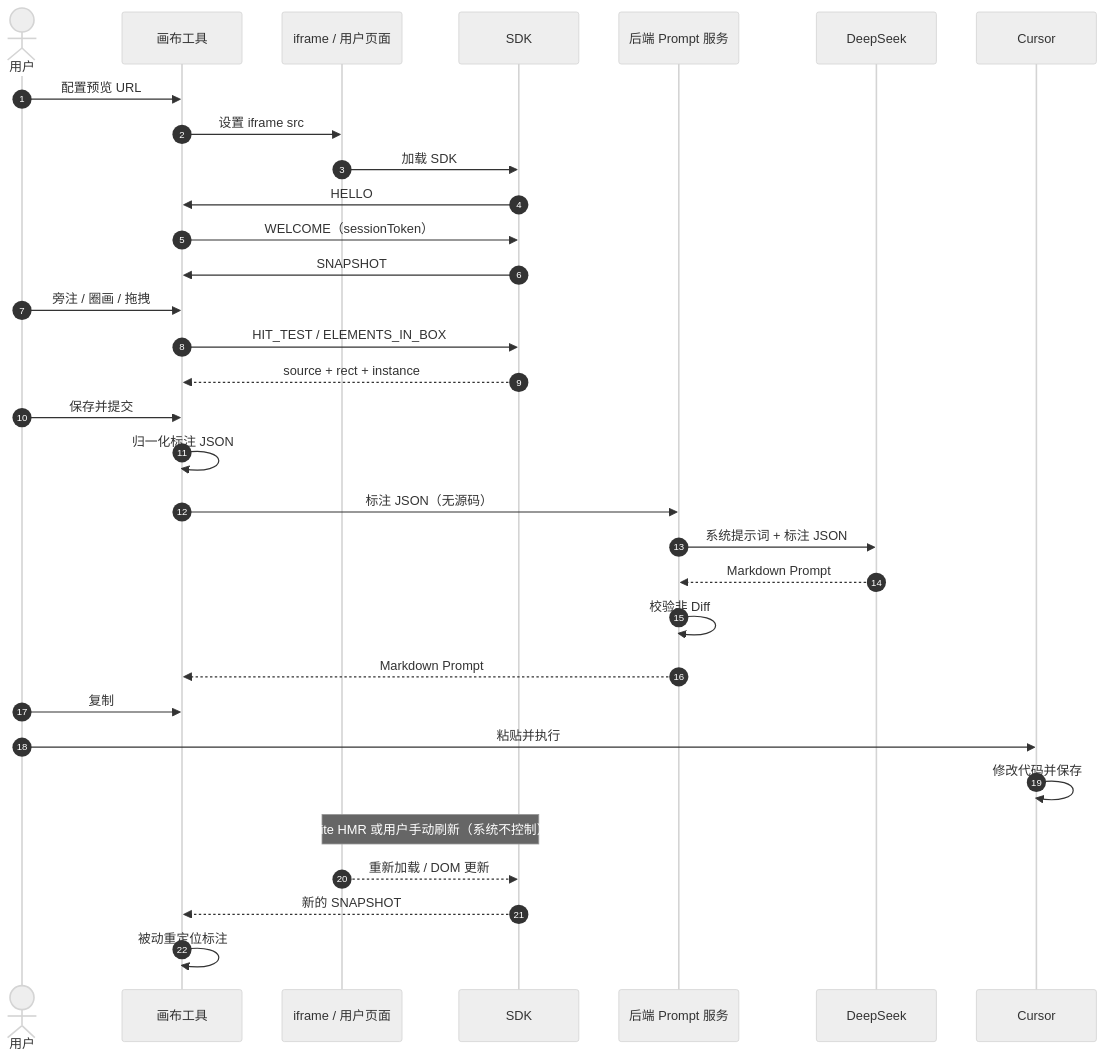
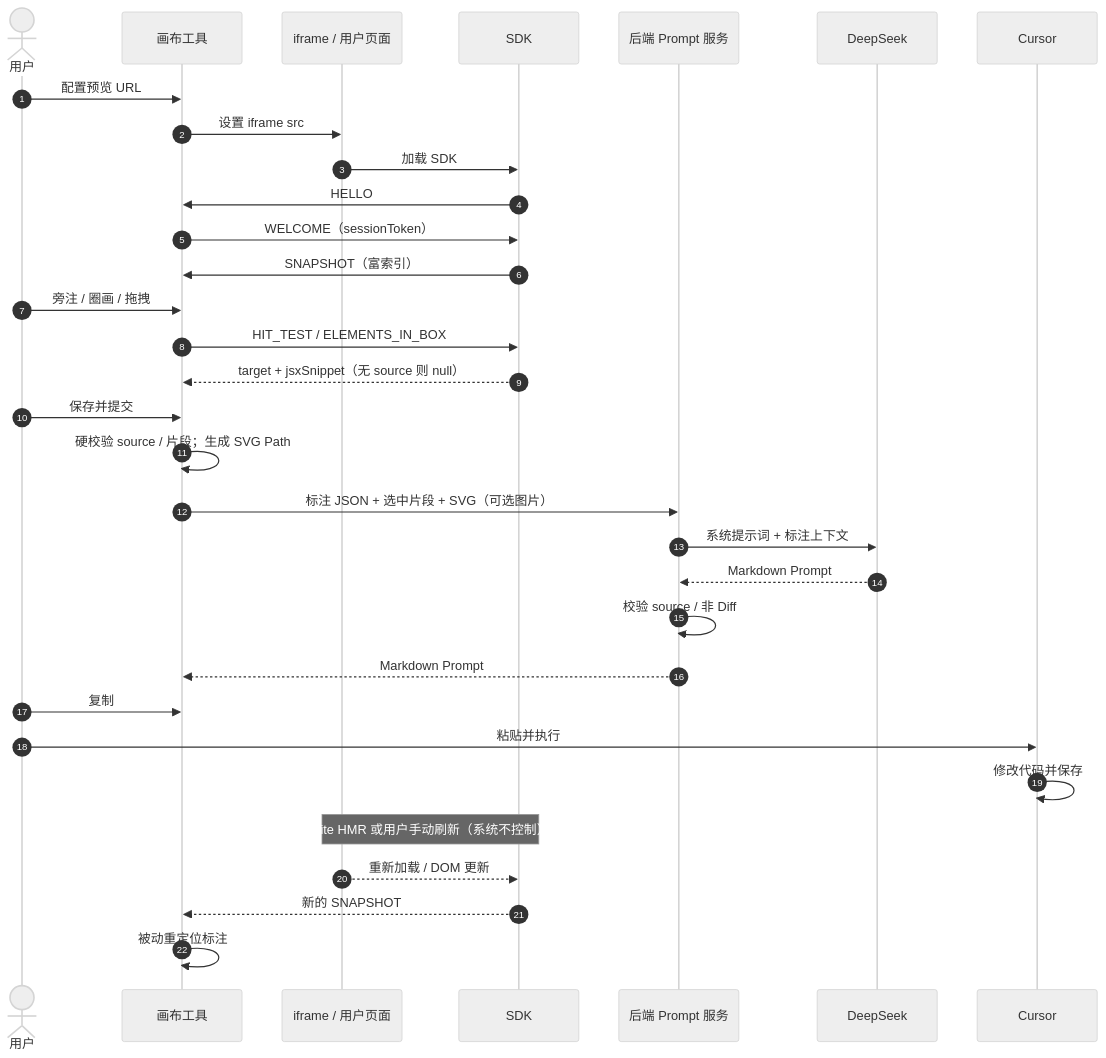
The seventh of 8 diagrams in docs/design/02.整体架构设计.md (Cai199999/vibe-app), drawn with Mermaid (neutral theme) before and after one commit. The commit also changed other lines of this file, not shown here.

````diff
--- a/docs/design/02.整体架构设计.md
+++ b/docs/design/02.整体架构设计.md
@@ -445,35 +879,35 @@
 ```mermaid
 sequenceDiagram
     autonumber
     actor U as 用户
     participant H as 画布工具
     participant F as iframe / 用户页面
     participant S as SDK
     participant A as 后端 Prompt 服务
     participant D as DeepSeek
     participant C as Cursor
 
     U->>H: 配置预览 URL
     H->>F: 设置 iframe src
     F->>S: 加载 SDK
     S->>H: HELLO
     H->>S: WELCOME（sessionToken）
-    S->>H: SNAPSHOT
+    S->>H: SNAPSHOT（富索引）
     U->>H: 旁注 / 圈画 / 拖拽
     H->>S: HIT_TEST / ELEMENTS_IN_BOX
-    S-->>H: source + rect + instance
+    S-->>H: target + jsxSnippet（无 source 则 null）
     U->>H: 保存并提交
-    H->>H: 归一化标注 JSON
-    H->>A: 标注 JSON（无源码）
-    A->>D: 系统提示词 + 标注 JSON
+    H->>H: 硬校验 source / 片段；生成 SVG Path
+    H->>A: 标注 JSON + 选中片段 + SVG（可选图片）
+    A->>D: 系统提示词 + 标注上下文
     D-->>A: Markdown Prompt
-    A->>A: 校验非 Diff
+    A->>A: 校验 source / 非 Diff
     A-->>H: Markdown Prompt
     U->>H: 复制
     U->>C: 粘贴并执行
     C->>C: 修改代码并保存
     Note over F,S: Vite HMR 或用户手动刷新（系统不控制）
     F-->>S: 重新加载 / DOM 更新
     S-->>H: 新的 SNAPSHOT
     H->>H: 被动重定位标注
 ```
````
